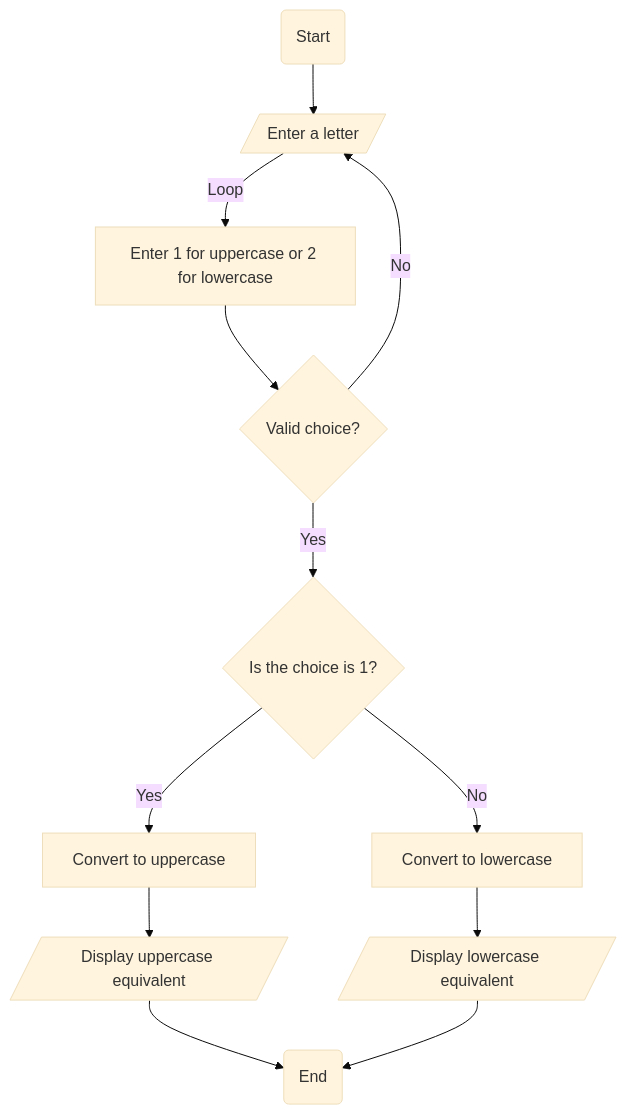
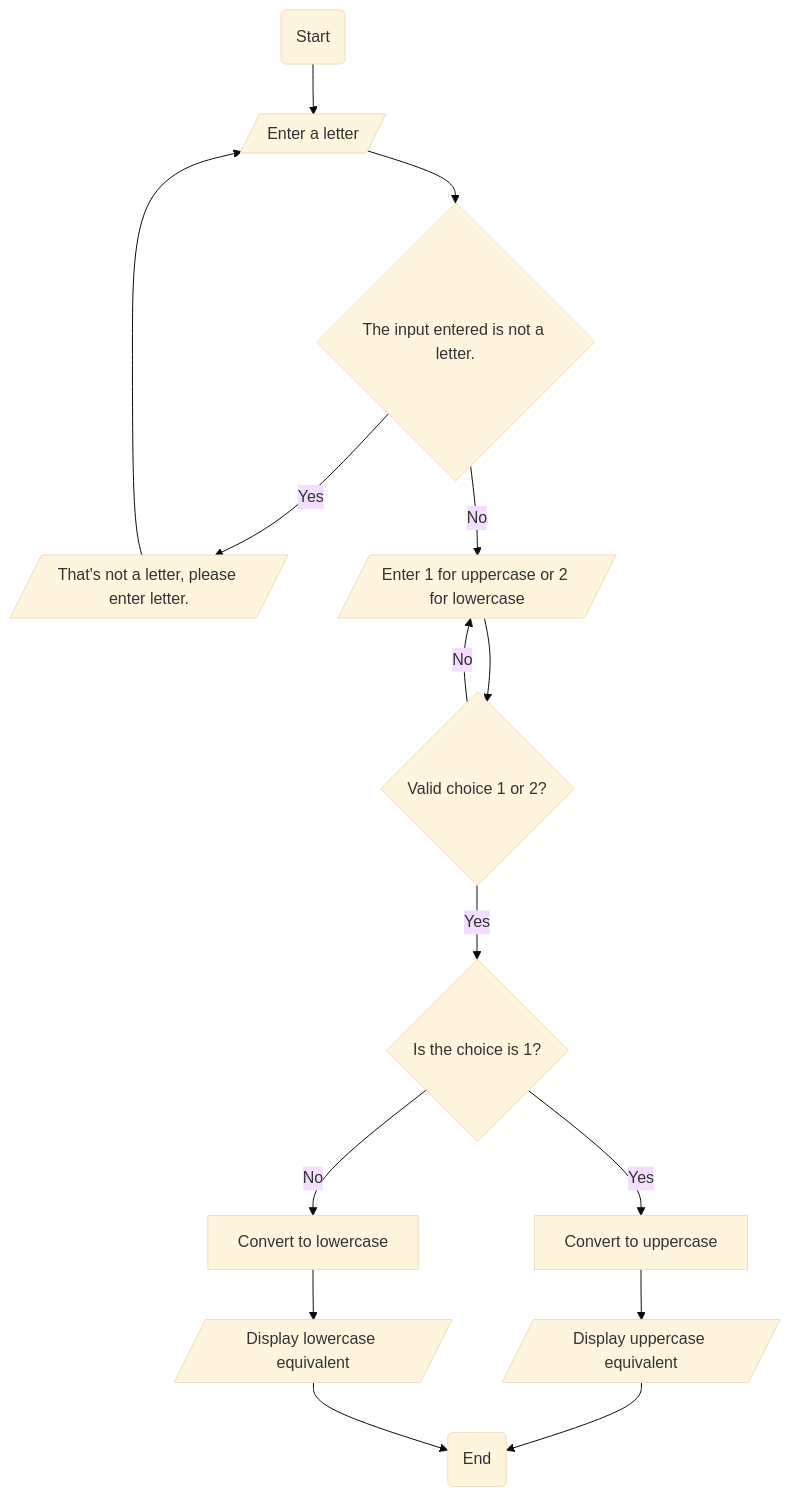
The diagram in ETS1303_15_TESFAMICHAEL_TAFERE/Q#3.md (SWEG-2015EC-Batch/Code-Warrior), drawn with Mermaid (base theme) before and after one commit. The commit also changed other lines of this file, not shown here.

````diff
--- a/ETS1303_15_TESFAMICHAEL_TAFERE/Q#3.md
+++ b/ETS1303_15_TESFAMICHAEL_TAFERE/Q#3.md
@@ -4,14 +4,16 @@
 ```mermaid
 flowchart TB
     A(Start) --> B[/Enter a letter/]
-    B --> |Loop| C[Enter 1 for uppercase or 2 for lowercase]
-    C --> D{Valid choice?}
-D--> |Yes| E{Is the choice is 1?}
-    E --> |Yes| F[Convert to uppercase]
-    D --> |No| B
-    F--> G[/Display uppercase equivalent/]
-    G --> J(End)
-    E --> |No| H[Convert to lowercase]
-    H --> I[/Display lowercase equivalent/]
-    I --> J(End)
+    B--> C{The input entered is not a letter.}
+    C--> |Yes| D[/That's not a letter, please enter letter./]-->B
+    C--> |No| E[/Enter 1 for uppercase or 2 for lowercase/]
+    E --> F{Valid choice 1 or 2?}
+F--> |Yes| G{Is the choice is 1?}
+    G --> |Yes| H[Convert to uppercase]
+    F--> |No| E
+    H--> I[/Display uppercase equivalent/]
+    I--> L(End)
+    G --> |No| J[Convert to lowercase]
+    J --> K[/Display lowercase equivalent/]
+    K --> L(End)
 ```
````
